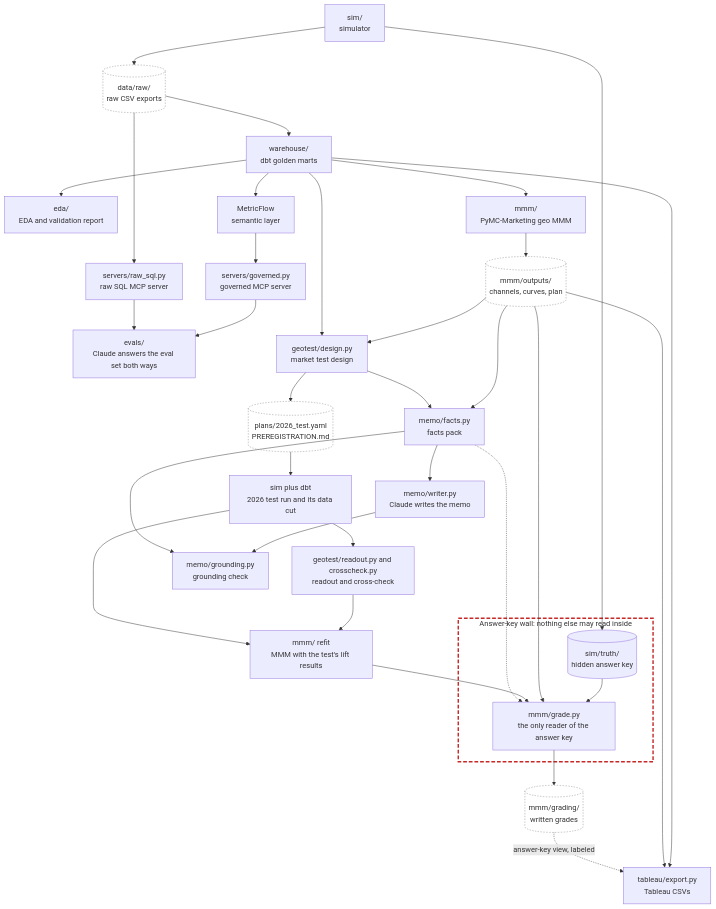
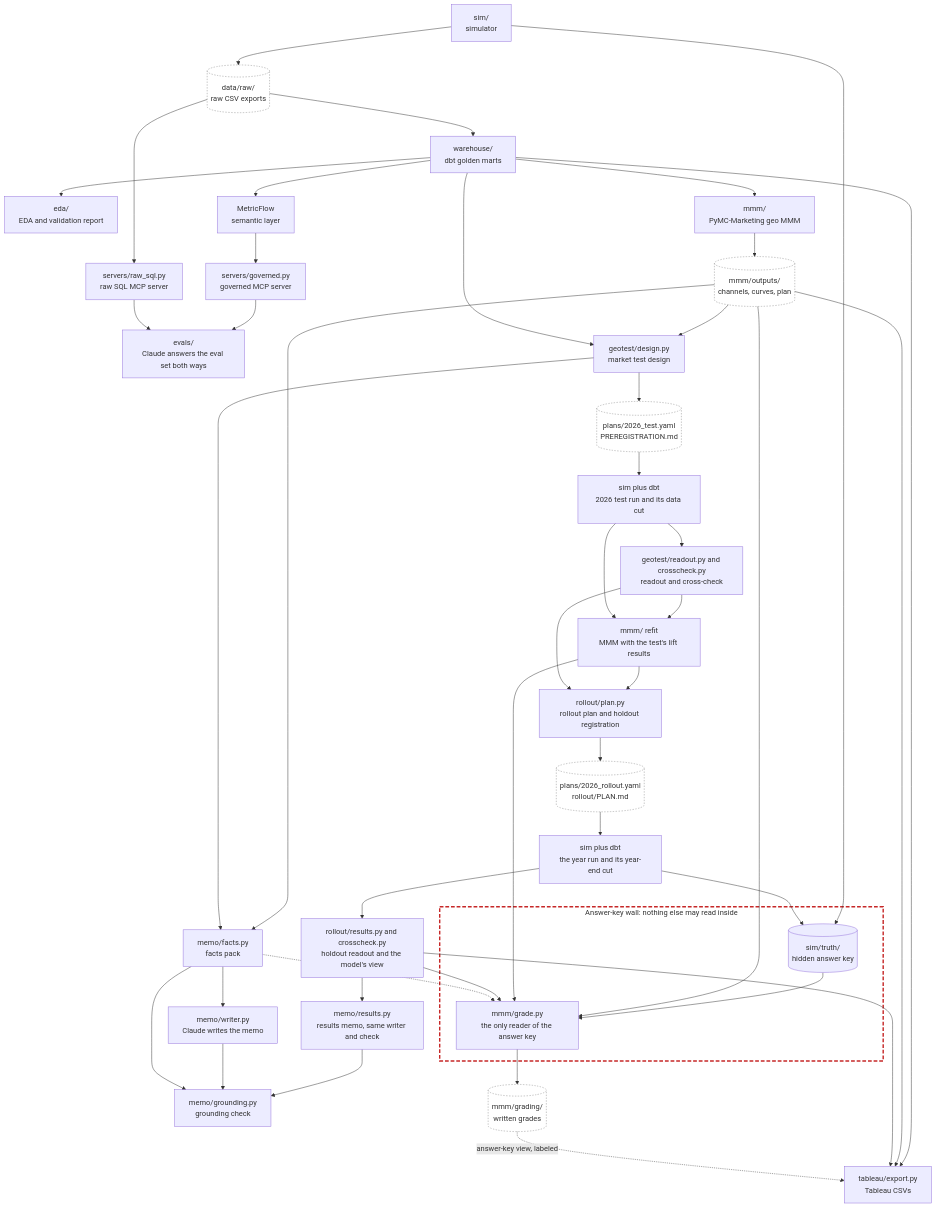
Before and after one commit to loganriebel/marketing-analytics-stack: the diagram in docs/ARCHITECTURE.md, drawn with Mermaid. The commit also changed other lines of this file and 2 other files, not shown here.

Commit message:
docs: the year in one page, chapters 7 and 8, and the rollout in the architecture
The README opens with the story's executive summary and its weak spots,
marks all 8 chapters built, and adds the 2026 eval set, stages and repo
map. ARCHITECTURE.md gains the rollout boxes. The MMM README notes the
optimizer's false converged flag, the rollout forecast's grade, and one
disclosure line for the rollout check redo.

````diff
--- a/docs/ARCHITECTURE.md
+++ b/docs/ARCHITECTURE.md
@@ -5,60 +5,74 @@
 ```mermaid
 flowchart TD
     sim["sim/<br/>simulator"]
     raw[("data/raw/<br/>raw CSV exports")]
     marts["warehouse/<br/>dbt golden marts"]
     eda["eda/<br/>EDA and validation report"]
     mf["MetricFlow<br/>semantic layer"]
     gov["servers/governed.py<br/>governed MCP server"]
     rawsql["servers/raw_sql.py<br/>raw SQL MCP server"]
     evals["evals/<br/>Claude answers the eval set both ways"]
     mmm["mmm/<br/>PyMC-Marketing geo MMM"]
     out[("mmm/outputs/<br/>channels, curves, plan")]
     design["geotest/design.py<br/>market test design"]
     prereg[("plans/2026_test.yaml<br/>PREREGISTRATION.md")]
     run26["sim plus dbt<br/>2026 test run and its data cut"]
     readout["geotest/readout.py and crosscheck.py<br/>readout and cross-check"]
     refit["mmm/ refit<br/>MMM with the test's lift results"]
+    rplan["rollout/plan.py<br/>rollout plan and holdout registration"]
+    rprereg[("plans/2026_rollout.yaml<br/>rollout/PLAN.md")]
+    run27["sim plus dbt<br/>the year run and its year-end cut"]
+    rresults["rollout/results.py and crosscheck.py<br/>holdout readout and the model's view"]
+    rmemo["memo/results.py<br/>results memo, same writer and check"]
     facts["memo/facts.py<br/>facts pack"]
     writer["memo/writer.py<br/>Claude writes the memo"]
     ground["memo/grounding.py<br/>grounding check"]
     tab["tableau/export.py<br/>Tableau CSVs"]
 
     subgraph wall["Answer-key wall: nothing else may read inside"]
         truth[("sim/truth/<br/>hidden answer key")]
         grade["mmm/grade.py<br/>the only reader of the answer key"]
     end
     grading[("mmm/grading/<br/>written grades")]
 
     sim --> raw
     sim --> truth
     raw --> marts
     marts --> eda
     marts --> mf --> gov --> evals
     raw --> rawsql --> evals
 
     marts --> mmm --> out
     truth --> grade
     out --> grade --> grading
 
     out --> design
     marts --> design
     design --> prereg --> run26 --> readout
     readout --> refit
     run26 --> refit
     refit --> grade
 
+    refit --> rplan
+    readout --> rplan
+    rplan --> rprereg --> run27 --> rresults
+    rresults --> rmemo
+    rmemo --> ground
+    rresults --> grade
+    run27 --> truth
+
     out --> facts
     design --> facts
     facts --> writer --> ground
     facts --> ground
     facts -.-> grade
 
     marts --> tab
     out --> tab
+    rresults --> tab
     grading -.->|answer-key view, labeled| tab
 
     classDef store fill:none,stroke:#888,stroke-dasharray:3 3
-    class raw,out,prereg,grading store
+    class raw,out,prereg,rprereg,grading store
     style wall fill:none,stroke:#C62828,stroke-width:3px,stroke-dasharray:8 4
 ```
````
